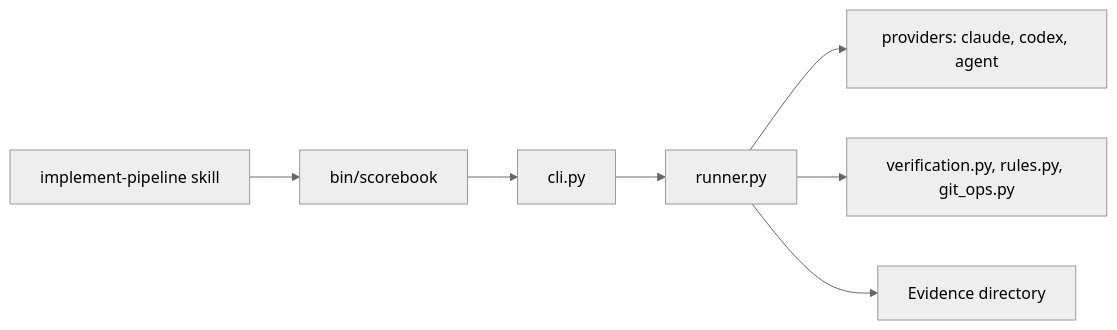
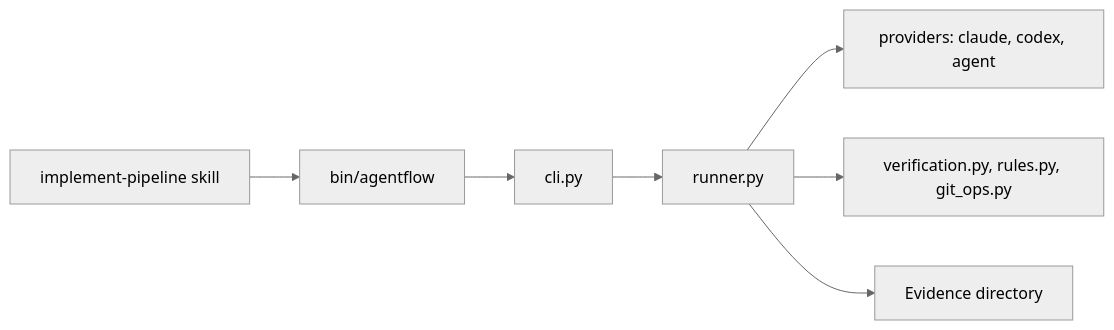
The diagram in docs-data/diagrams/run-path.mmd (MarkoArsov/agent-workflow), drawn with Mermaid (neutral theme) before and after one commit. The commit also changed 137 other files, not shown here.

First line of the commit message:
Rename to Agent Flow and move the site to agentic.markoarsov.com

```diff
--- a/docs-data/diagrams/run-path.mmd
+++ b/docs-data/diagrams/run-path.mmd
@@ -1,8 +1,8 @@
 %% What runs when you start a run. Rendered by hand as run-path.html.
 flowchart LR
-    A[implement-pipeline skill] --> B[bin/scorebook]
+    A[implement-pipeline skill] --> B[bin/agentflow]
     B --> C[cli.py]
     C --> D[runner.py]
     D --> E[providers: claude, codex, agent]
     D --> F[verification.py, rules.py, git_ops.py]
     D --> G[Evidence directory]
```
